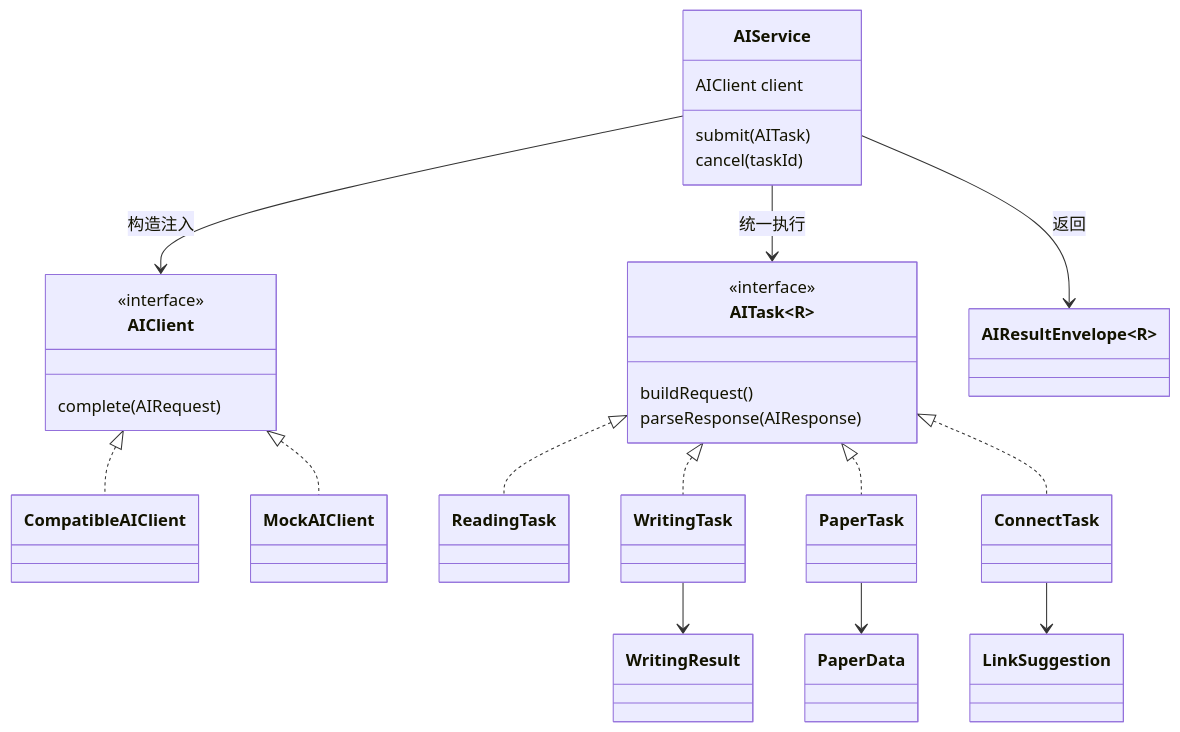
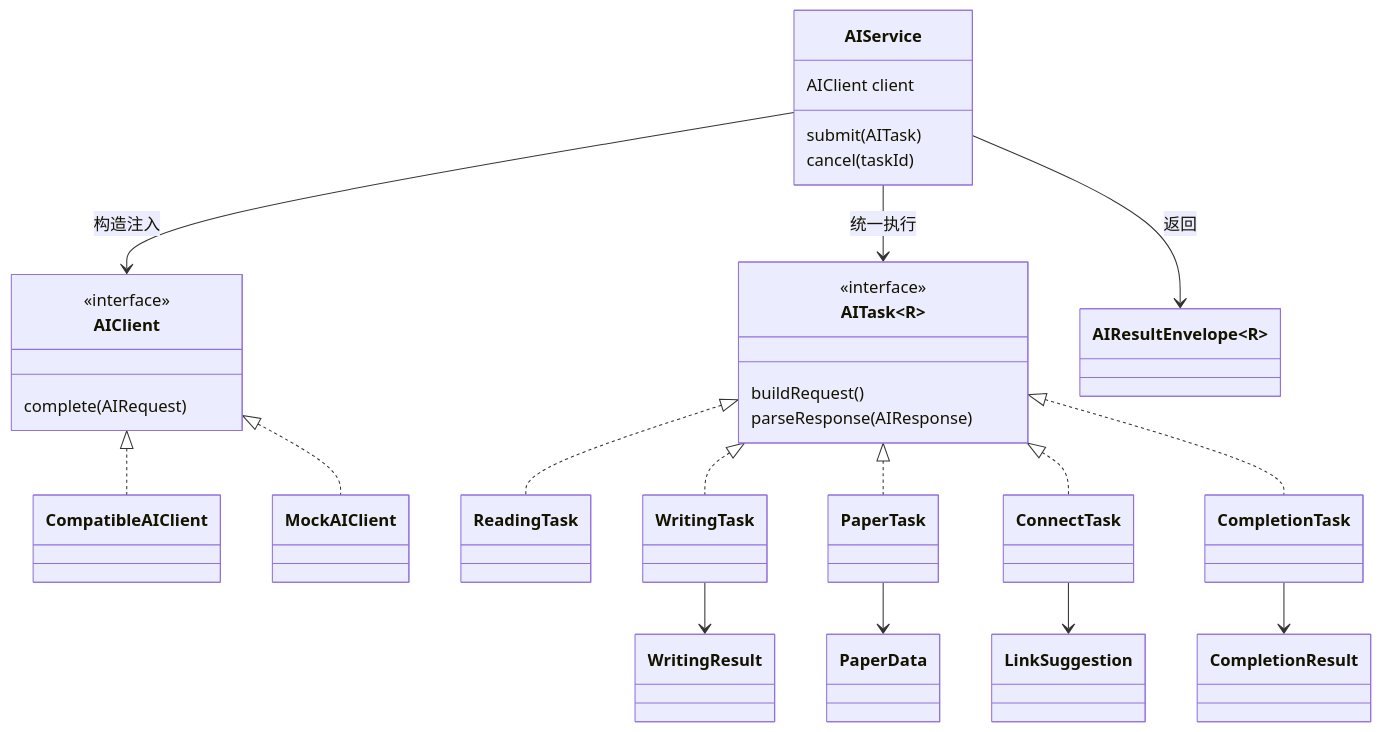
Before and after one commit to phoenix23513/LinkNote: the third of 6 diagrams in docs/linknote_v1_2_development_plan.md, drawn with Mermaid. The commit also changed other lines of this file and 6 other files, not shown here.

````diff
--- a/docs/linknote_v1_2_development_plan.md
+++ b/docs/linknote_v1_2_development_plan.md
@@ -619,39 +651,43 @@
 ```mermaid
 classDiagram
     class AIClient {
         <<interface>>
         complete(AIRequest)
     }
     class CompatibleAIClient
     class MockAIClient
     class AIService {
         AIClient client
         submit(AITask)
         cancel(taskId)
     }
     class AITask~R~ {
         <<interface>>
         buildRequest()
         parseResponse(AIResponse)
     }
     class ReadingTask
     class WritingTask
     class PaperTask
     class ConnectTask
+    class CompletionTask
+    class CompletionResult
     class WritingResult
     class PaperData
     class LinkSuggestion
     class AIResultEnvelope~R~
     AIClient <|.. CompatibleAIClient
     AIClient <|.. MockAIClient
     AIService --> AIClient : 构造注入
     AIService --> AITask : 统一执行
     AIService --> AIResultEnvelope : 返回
     AITask <|.. ReadingTask
     AITask <|.. WritingTask
     AITask <|.. PaperTask
     AITask <|.. ConnectTask
+    AITask <|.. CompletionTask
+    CompletionTask --> CompletionResult
     WritingTask --> WritingResult
     PaperTask --> PaperData
     ConnectTask --> LinkSuggestion
 ```
````
